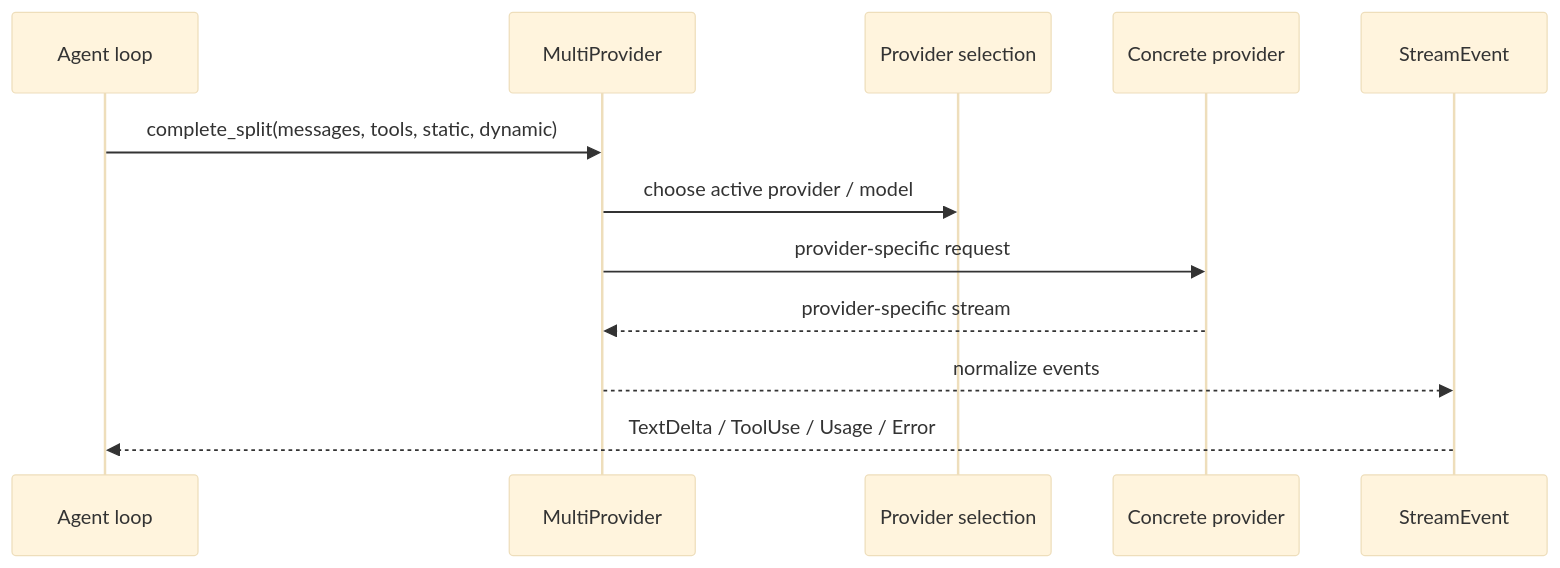
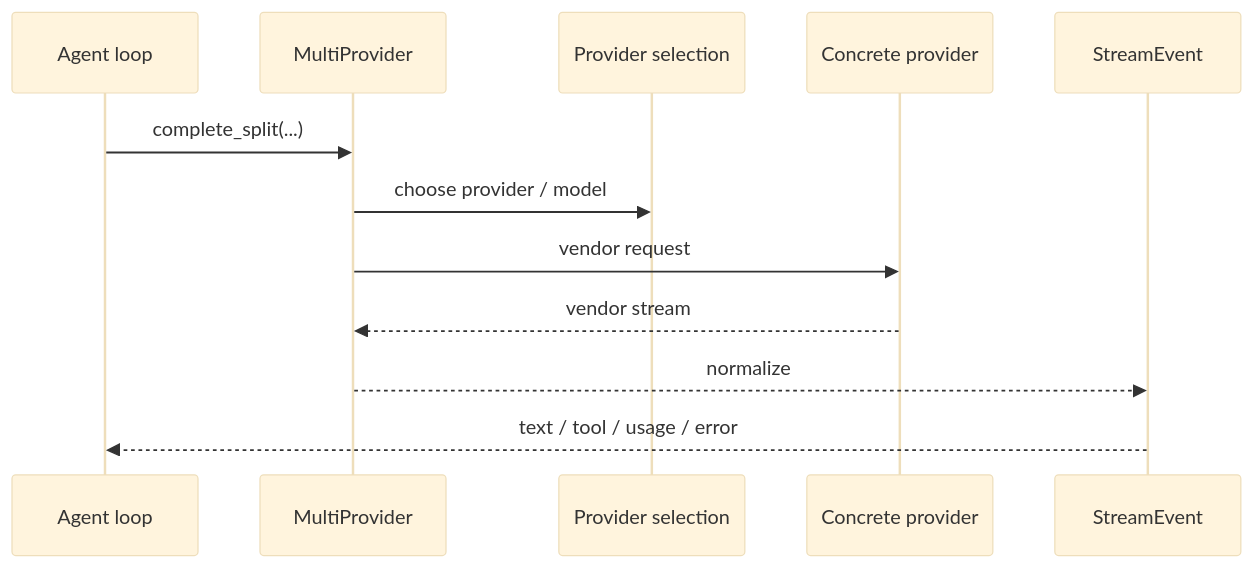
One commit to Br1an67/learn-jcode changed the diagram in docs/en/s05-provider-session.md. Above: the diagram before and after it, drawn with Mermaid (base theme). The commit also changed 23 other files, not shown here.

Commit message:
Improve Mermaid diagram layout

````diff
--- a/docs/en/s05-provider-session.md
+++ b/docs/en/s05-provider-session.md
@@ -11,15 +11,15 @@
 ```mermaid
 sequenceDiagram
   participant Agent as Agent loop
   participant MP as MultiProvider
   participant Sel as Provider selection
   participant P as Concrete provider
   participant Stream as StreamEvent
 
-  Agent->>MP: complete_split(messages, tools, static, dynamic)
-  MP->>Sel: choose active provider / model
-  MP->>P: provider-specific request
-  P-->>MP: provider-specific stream
-  MP-->>Stream: normalize events
-  Stream-->>Agent: TextDelta / ToolUse / Usage / Error
+  Agent->>MP: complete_split(...)
+  MP->>Sel: choose provider / model
+  MP->>P: vendor request
+  P-->>MP: vendor stream
+  MP-->>Stream: normalize
+  Stream-->>Agent: text / tool / usage / error
 ```
````
